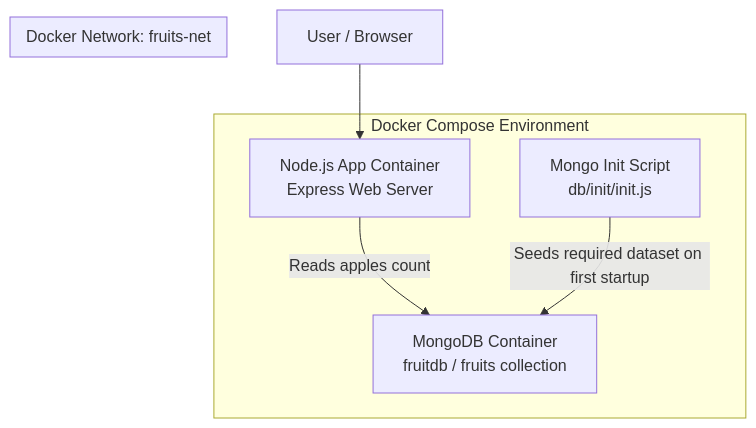
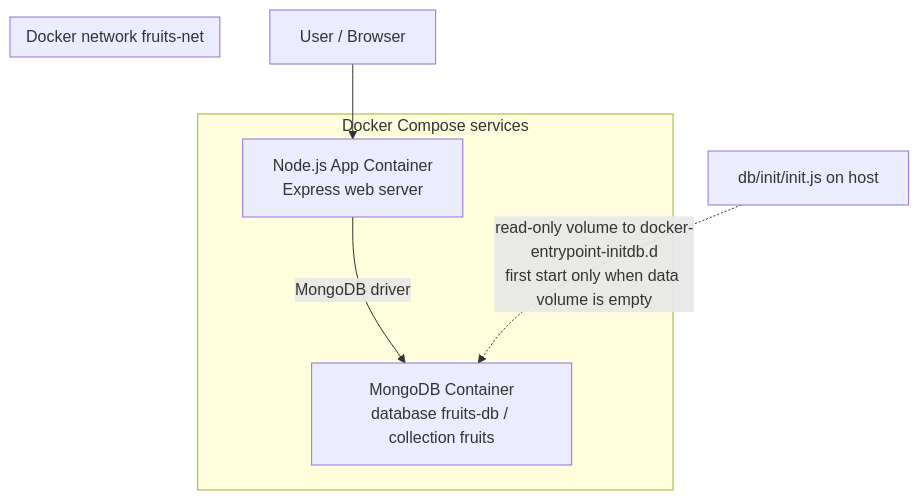
The diagram in docs/diagrams/architecture.md (yaakovsm/devops-home-task), drawn with Mermaid before and after one commit. The commit also changed other lines of this file, not shown here.

Commit message:
updating the architecture diagram

````diff
--- a/docs/diagrams/architecture.md
+++ b/docs/diagrams/architecture.md
@@ -3,18 +5,17 @@
 ```mermaid
 flowchart TD
-    U[User / Browser] --> A[Node.js App Container<br/>Express Web Server]
-    A -->|Reads apples count| M[MongoDB Container<br/>fruitdb / fruits collection]
+    user[User / Browser] --> app[Node.js App Container<br/>Express web server]
+    app -->|MongoDB driver| mongo[MongoDB Container<br/>database fruits-db / collection fruits]
 
-    I[Mongo Init Script<br/>db/init/init.js] -->|Seeds required dataset on first startup| M
-
-    subgraph D[Docker Compose Environment]
-        A
-        M
-        I
+    subgraph compose [Docker Compose services]
+        app
+        mongo
     end
 
-    subgraph N[Docker Network: fruits-net]
-        A
-        M
+    subgraph fruitsNet [Docker network fruits-net]
+        app
+        mongo
     end
+
+    init[db/init/init.js on host] -.->|read-only volume to docker-entrypoint-initdb.d<br/>first start only when data volume is empty| mongo
 ```
````
